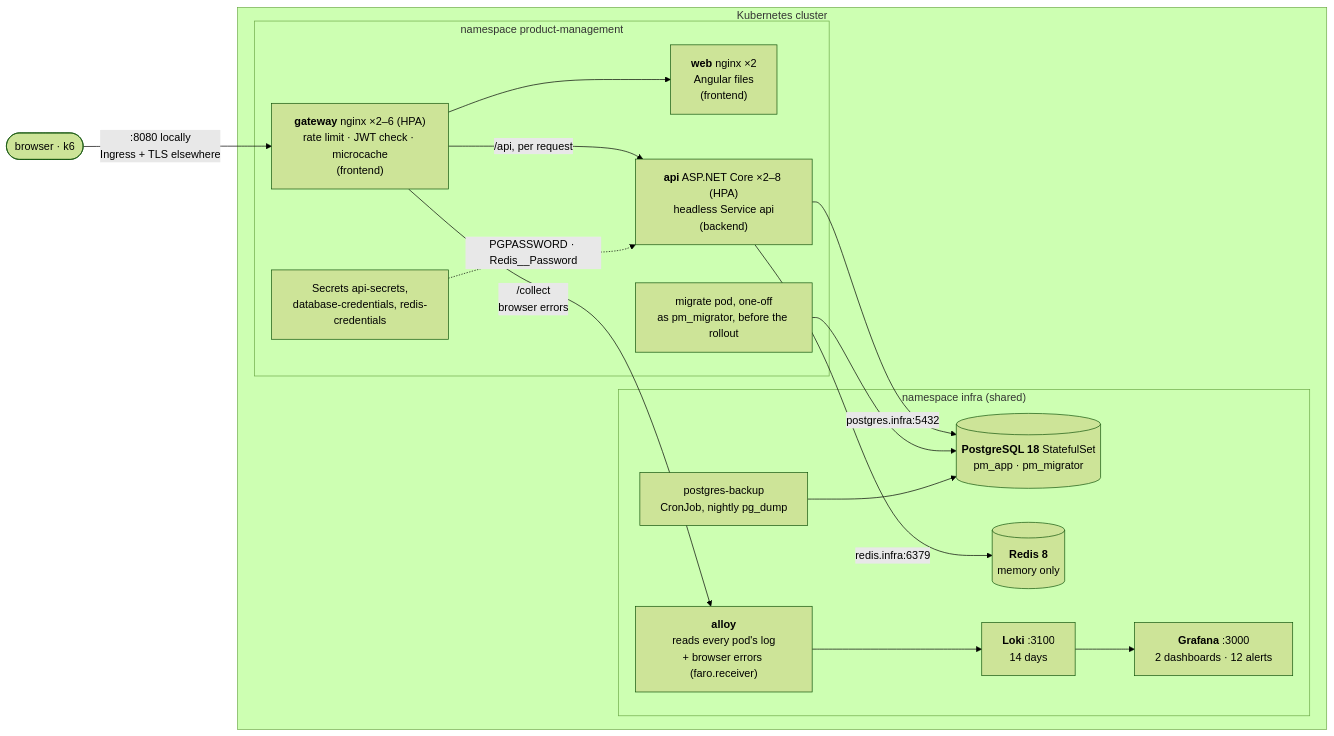
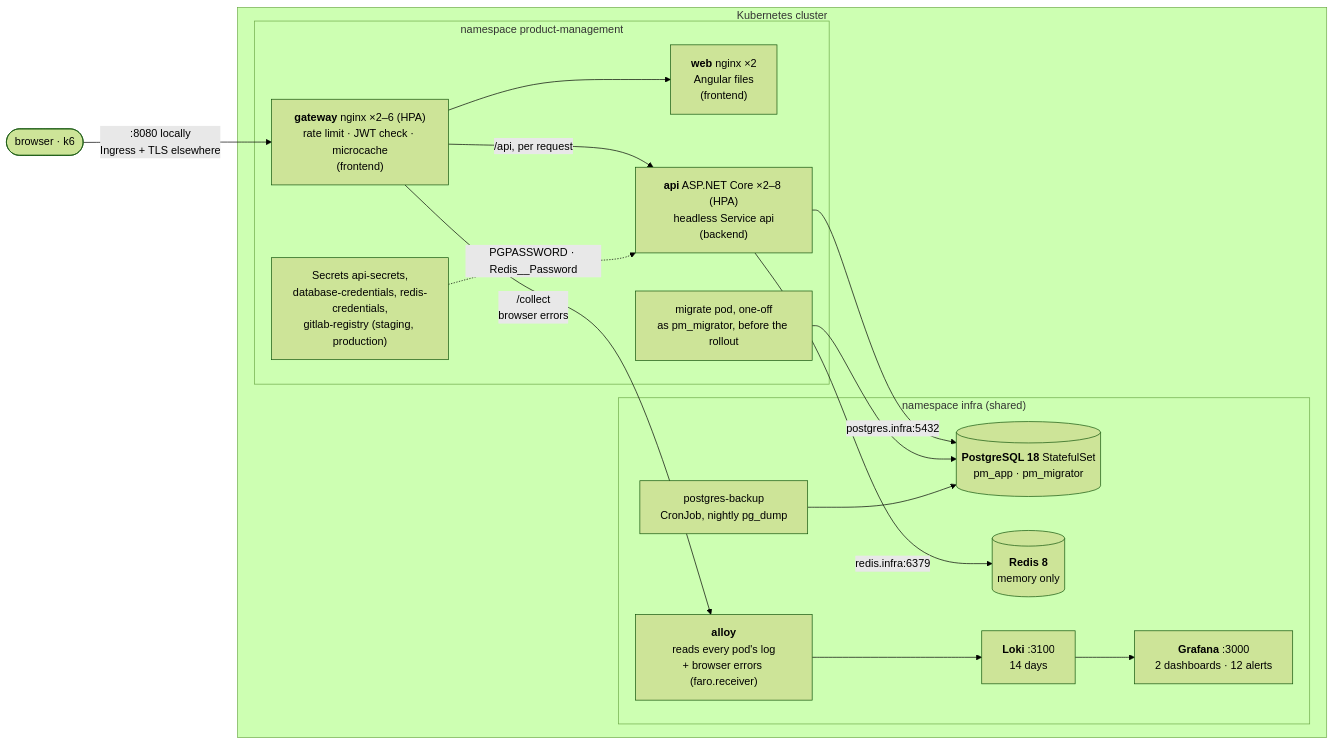
One commit to RubenCipriano/zeiss-product-management changed the first of 2 diagrams in docs/architecture.md. Above: the diagram before and after it, drawn with Mermaid (forest theme). The commit also changed other lines of this file and 28 other files, not shown here.

First line of the commit message:
docs: describe the deploy repository and the GitOps flow

````diff
--- a/docs/architecture.md
+++ b/docs/architecture.md
@@ -38,33 +40,33 @@
 ```mermaid
 flowchart LR
     user(["browser · k6"]) -->|":8080 locally<br/>Ingress + TLS elsewhere"| gw
 
     subgraph cluster["Kubernetes cluster"]
         subgraph pm["namespace product-management"]
             gw["<b>gateway</b> nginx ×2–6 (HPA)<br/>rate limit · JWT check · microcache<br/>(frontend)"]
             web["<b>web</b> nginx ×2<br/>Angular files<br/>(frontend)"]
             api["<b>api</b> ASP.NET Core ×2–8 (HPA)<br/>headless Service api<br/>(backend)"]
-            sec["Secrets api-secrets,<br/>database-credentials, redis-credentials"]
+            sec["Secrets api-secrets,<br/>database-credentials, redis-credentials,<br/>gitlab-registry (staging, production)"]
             mig["migrate pod, one-off<br/>as pm_migrator, before the rollout"]
         end
         subgraph inf["namespace infra (shared)"]
             pg[("<b>PostgreSQL 18</b> StatefulSet<br/>pm_app · pm_migrator")]
             bk["postgres-backup<br/>CronJob, nightly pg_dump"]
             rd[("<b>Redis 8</b><br/>memory only")]
             alloy["<b>alloy</b><br/>reads every pod's log<br/>+ browser errors (faro.receiver)"]
             loki["<b>Loki</b> :3100<br/>14 days"]
             graf["<b>Grafana</b> :3000<br/>2 dashboards · 12 alerts"]
         end
     end
 
     gw --> web
     gw -->|"/api, per request"| api
     sec -.->|"PGPASSWORD · Redis__Password"| api
     api -->|"postgres.infra:5432"| pg
     api -->|"redis.infra:6379"| rd
     mig --> pg
     bk --> pg
     gw -->|"/collect<br/>browser errors"| alloy
     alloy --> loki
     loki --> graf
 ```
````
